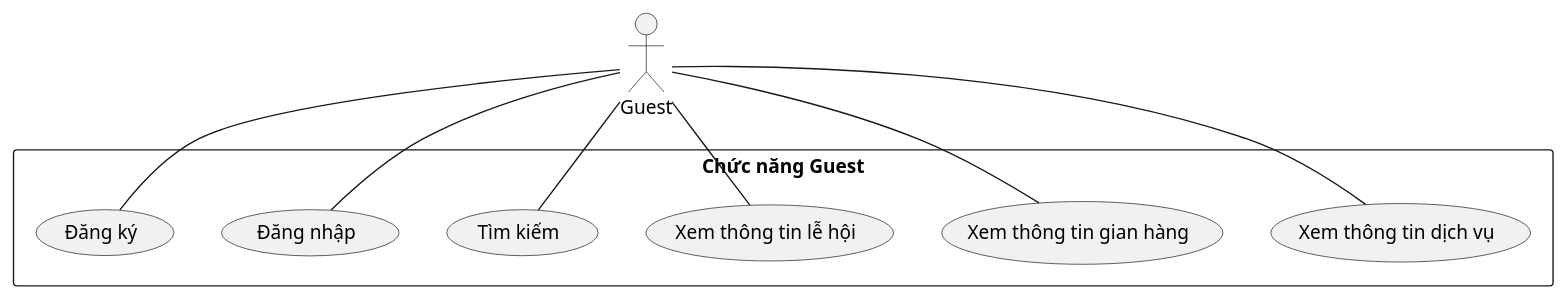
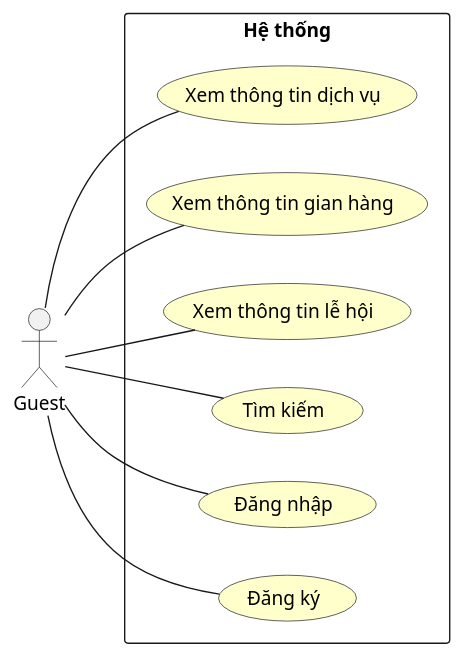
The third of 8 diagrams in README.md (DavidSatoh/CNPM-school-food-festivals), drawn with PlantUML before and after one commit. The commit also changed other lines of this file, not shown here.

````diff
--- a/README.md
+++ b/README.md
@@ -265,21 +265,33 @@
 ```plantuml
-@startuml
+@startuml "Biểu đồ Use Case chức năng Guest"
+
+skinparam usecase {
+    BackgroundColor BUSINESS
+}
+
+skinparam note {
+    BackgroundColor LightSkyBlue
+}
+
+left to right direction
+
 actor Guest
 
-rectangle "Chức năng Guest" {
-  usecase "Xem thông tin dịch vụ" as UC1
-  usecase "Xem thông tin gian hàng" as UC2
-  usecase "Xem thông tin lễ hội" as UC3
-  usecase "Tìm kiếm" as UC4
-  usecase "Đăng nhập" as UC5
-  usecase "Đăng ký" as UC6
+rectangle "Hệ thống" {
+    usecase "Xem thông tin dịch vụ" as ViewService
+    usecase "Xem thông tin gian hàng" as ViewBooth
+    usecase "Xem thông tin lễ hội" as ViewFestival
+    usecase "Tìm kiếm" as Search
+    usecase "Đăng nhập" as Login
+    usecase "Đăng ký" as Register
 }
 
-Guest -- UC1
-Guest -- UC2
-Guest -- UC3
-Guest -- UC4
-Guest -- UC5
-Guest -- UC6
+Guest -- ViewService
+Guest -- ViewBooth
+Guest -- ViewFestival
+Guest -- Search
+Guest -- Login
+Guest -- Register
+
 @enduml
 ```
````
